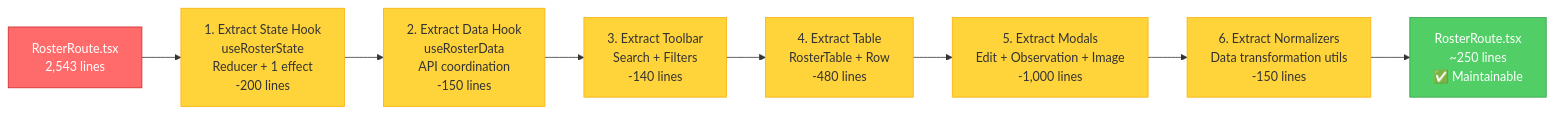
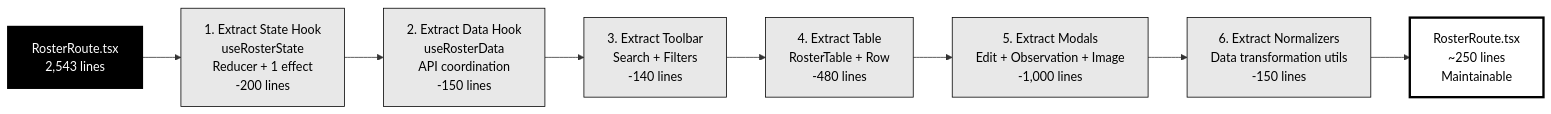
One commit to darce/context-alt-text-monorepo changed the fifth of 5 diagrams in docs/architecture/rules/component-architecture-patterns.md. Above: the diagram before and after it, drawn with Mermaid. The commit also changed other lines of this file and 4 other files, not shown here.

````diff
--- a/docs/architecture/rules/component-architecture-patterns.md
+++ b/docs/architecture/rules/component-architecture-patterns.md
@@ -583,27 +583,27 @@
 ```mermaid
 graph LR
     Start["RosterRoute.tsx<br/>2,543 lines"] --> Step1
 
     Step1["1. Extract State Hook<br/>useRosterState<br/>Reducer + 1 effect<br/>-200 lines"] --> Step2
 
     Step2["2. Extract Data Hook<br/>useRosterData<br/>API coordination<br/>-150 lines"] --> Step3
 
     Step3["3. Extract Toolbar<br/>Search + Filters<br/>-140 lines"] --> Step4
 
     Step4["4. Extract Table<br/>RosterTable + Row<br/>-480 lines"] --> Step5
 
     Step5["5. Extract Modals<br/>Edit + Observation + Image<br/>-1,000 lines"] --> Step6
 
     Step6["6. Extract Normalizers<br/>Data transformation utils<br/>-150 lines"] --> Done
 
-    Done["RosterRoute.tsx<br/>~250 lines<br/>✅ Maintainable"]
+    Done["RosterRoute.tsx<br/>~250 lines<br/>Maintainable"]
 
-    style Start fill:#ff6b6b,stroke:#c92a2a,color:#fff
-    style Done fill:#51cf66,stroke:#2f9e44,color:#fff
-    style Step1 fill:#ffd43b,stroke:#fab005
-    style Step2 fill:#ffd43b,stroke:#fab005
-    style Step3 fill:#ffd43b,stroke:#fab005
-    style Step4 fill:#ffd43b,stroke:#fab005
-    style Step5 fill:#ffd43b,stroke:#fab005
-    style Step6 fill:#ffd43b,stroke:#fab005
+    style Start fill:#000,stroke:#000,color:#fff,stroke-width:3px
+    style Done fill:#fff,stroke:#000,color:#000,stroke-width:3px
+    style Step1 fill:#e8e8e8,stroke:#000,color:#000
+    style Step2 fill:#e8e8e8,stroke:#000,color:#000
+    style Step3 fill:#e8e8e8,stroke:#000,color:#000
+    style Step4 fill:#e8e8e8,stroke:#000,color:#000
+    style Step5 fill:#e8e8e8,stroke:#000,color:#000
+    style Step6 fill:#e8e8e8,stroke:#000,color:#000
 ```
````
